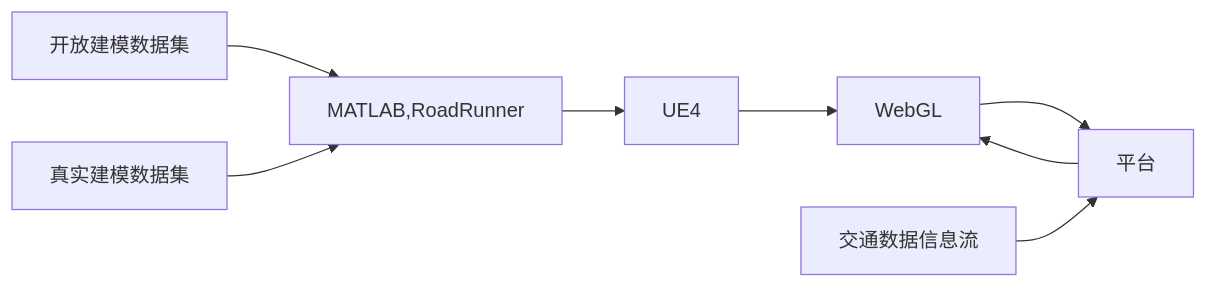
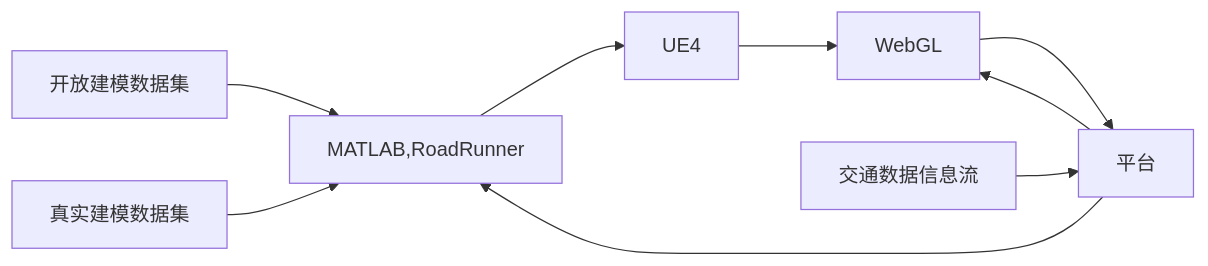
One commit to OpenHUTB/intelligent_traffic changed the diagram in README.md. Above: the diagram before and after it, drawn with Mermaid. The commit also changed other lines of this file and 633 other files, not shown here.

````diff
--- a/README.md
+++ b/README.md
@@ -29,10 +29,11 @@
 ```mermaid
 graph LR
 a[开放建模数据集] --> b[MATLAB,RoadRunner]
 c[真实建模数据集] --> b
 b --> d[UE4]
 d --> e[WebGL]
 e --> f[平台]
 f --> e
 g[交通数据信息流] --> f
+f --> b
 ```
````
